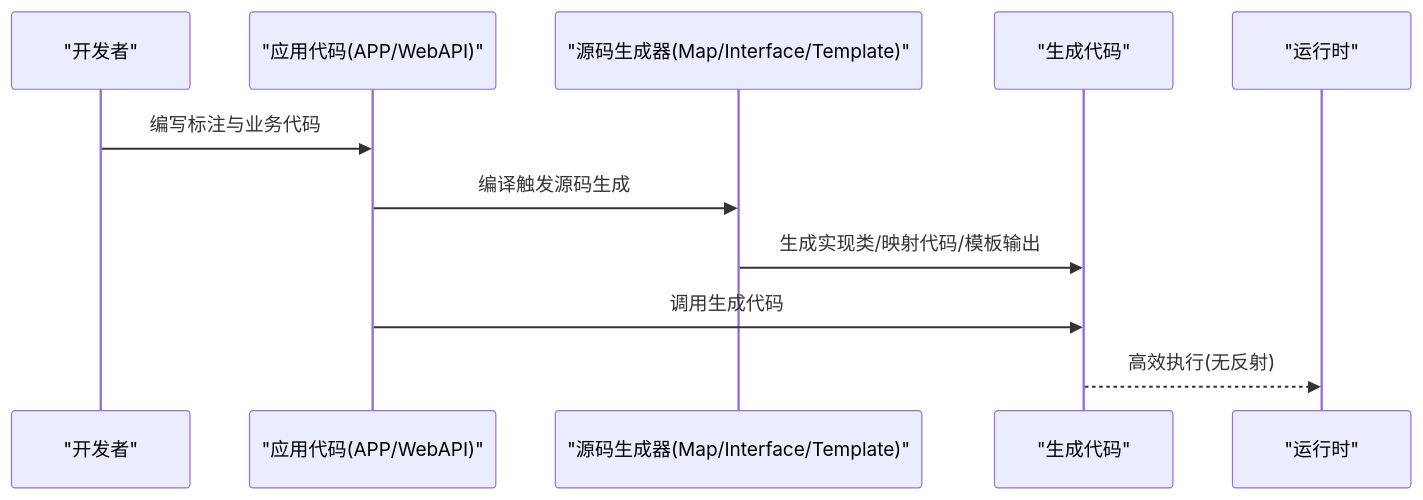
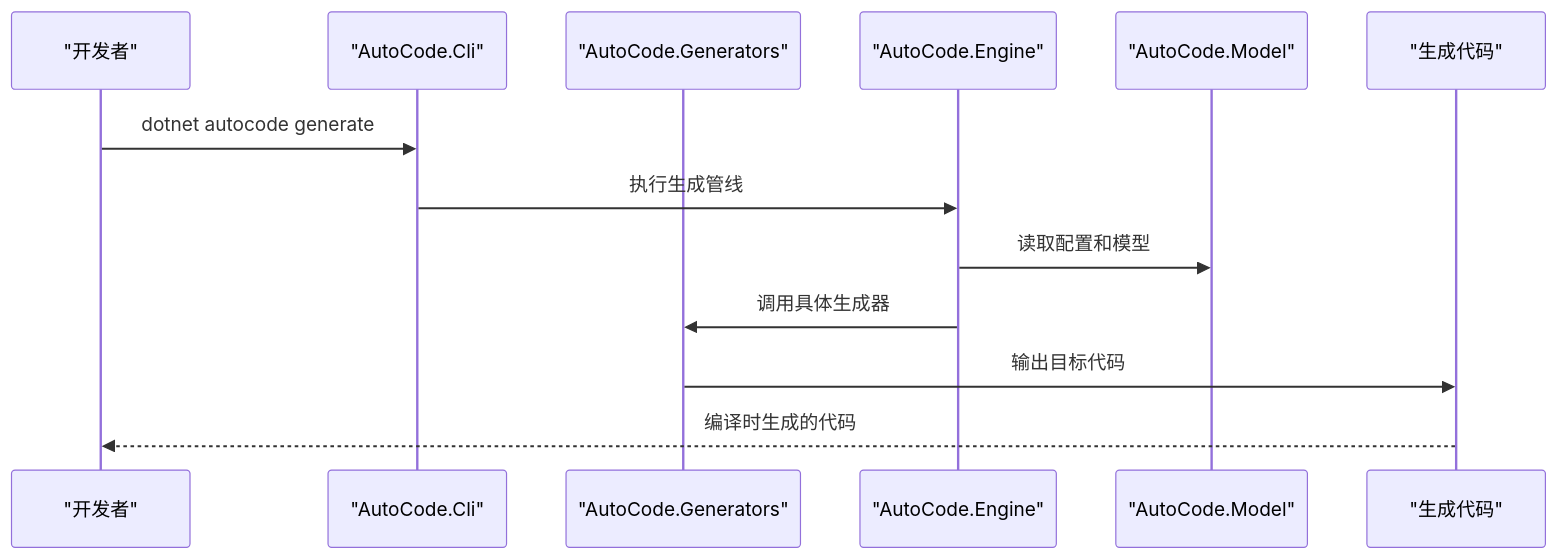
One commit to alivy/AutoCode changed the second of 7 diagrams in .qoder/repowiki/zh/content/项目概述.md. Above: the diagram before and after it, drawn with Mermaid. The commit also changed other lines of this file and 279 other files, not shown here.

````diff
--- a/.qoder/repowiki/zh/content/项目概述.md
+++ b/.qoder/repowiki/zh/content/项目概述.md
@@ -200,13 +138,15 @@
 ```mermaid
 sequenceDiagram
 participant Dev as "开发者"
-participant App as "应用代码(APP/WebAPI)"
-participant Gen as "源码生成器(Map/Interface/Template)"
+participant CLI as "AutoCode.Cli"
+participant Gen as "AutoCode.Generators"
+participant Eng as "AutoCode.Engine"
+participant Mod as "AutoCode.Model"
 participant Out as "生成代码"
-participant Run as "运行时"
-Dev->>App : 编写标注与业务代码
-App->>Gen : 编译触发源码生成
-Gen->>Out : 生成实现类/映射代码/模板输出
-App->>Out : 调用生成代码
-Out-->>Run : 高效执行(无反射)
+Dev->>CLI : dotnet autocode generate
+CLI->>Eng : 执行生成管线
+Eng->>Mod : 读取配置和模型
+Eng->>Gen : 调用具体生成器
+Gen->>Out : 输出目标代码
+Out-->>Dev : 编译时生成的代码
 ```
````
